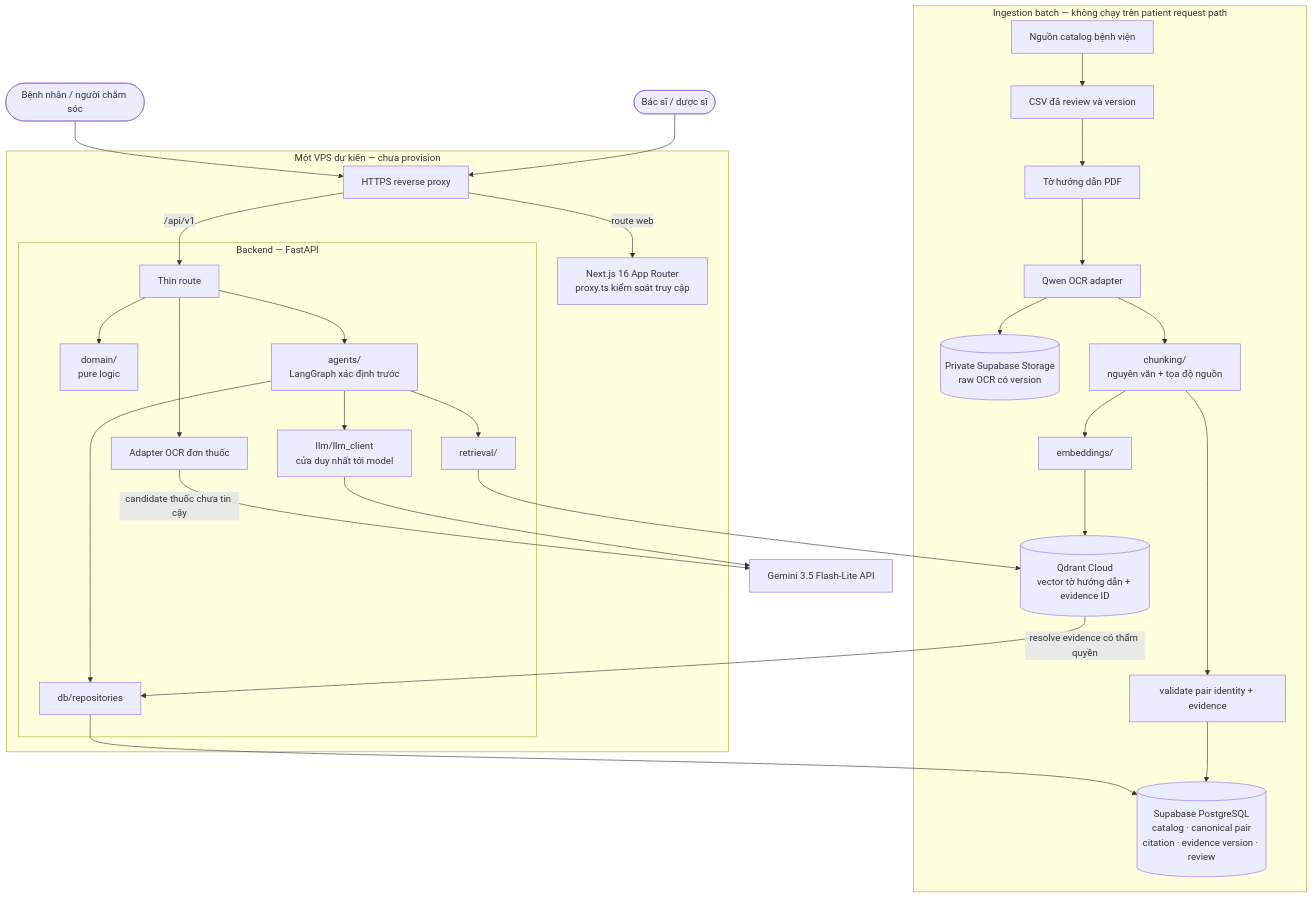
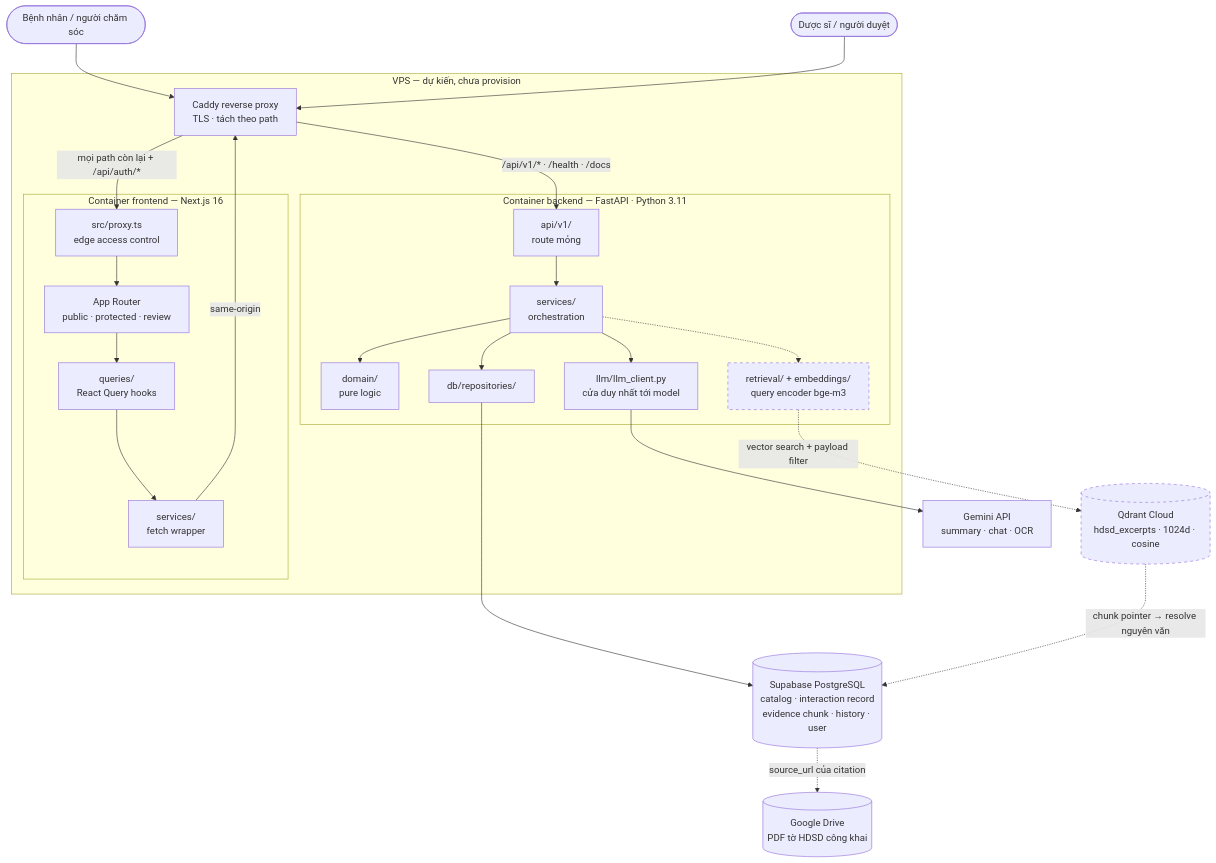
Before and after one commit to wallowxD/P054-MediGuard: the first of 8 diagrams in docs/architecture_diagram.md, drawn with Mermaid. The commit also changed other lines of this file and 9 other files, not shown here.

Commit message:
docs(VMEC-85): update architecture diagram

````diff
--- a/docs/architecture_diagram.md
+++ b/docs/architecture_diagram.md
@@ -8,47 +10,52 @@
 ```mermaid
 flowchart TB
-    Patient([Bệnh nhân / người chăm sóc]) --> ReverseProxy
-    Pharmacist([Bác sĩ / dược sĩ]) --> ReverseProxy
+    Patient([Bệnh nhân / người chăm sóc])
+    Pharmacist([Dược sĩ / người duyệt])
 
-    subgraph VPS["Một VPS dự kiến — chưa provision"]
-        ReverseProxy[HTTPS reverse proxy]
-        Web[Next.js 16 App Router<br/>proxy.ts kiểm soát truy cập]
-        ReverseProxy -->|route web| Web
-        ReverseProxy -->|/api/v1| API
+    Patient --> Caddy
+    Pharmacist --> Caddy
 
-    subgraph Backend["Backend — FastAPI"]
-        API[Thin route]
-        PrescriptionOCR[Adapter OCR đơn thuốc]
-        Domain[domain/<br/>pure logic]
-        Workflow[agents/<br/>LangGraph xác định trước]
-        Repo[db/repositories]
-        Retr[retrieval/]
-        LLM[llm/llm_client<br/>cửa duy nhất tới model]
+    subgraph VPS["VPS — dự kiến, chưa provision"]
+        Caddy["Caddy reverse proxy<br/>TLS · tách theo path"]
 
-        API --> PrescriptionOCR
-        API --> Domain
-        API --> Workflow
-        Workflow --> Repo
-        Workflow --> Retr
-        Workflow --> LLM
-    end
+        subgraph Front["Container frontend — Next.js 16"]
+            Proxy["src/proxy.ts<br/>edge access control"]
+            Pages["App Router<br/>public · protected · review"]
+            Queries["queries/<br/>React Query hooks"]
+            Services["services/<br/>fetch wrapper"]
+            Proxy --> Pages --> Queries --> Services
+        end
+
+        subgraph Back["Container backend — FastAPI · Python 3.11"]
+            Routes["api/v1/<br/>route mỏng"]
+            AppSvc["services/<br/>orchestration"]
+            Domain["domain/<br/>pure logic"]
+            Repos["db/repositories/"]
+            LLMGate["llm/llm_client.py<br/>cửa duy nhất tới model"]
+
+            Retr["retrieval/ + embeddings/<br/>query encoder bge-m3"]
+
+            Routes --> AppSvc
+            AppSvc --> Domain
+            AppSvc --> Repos
+            AppSvc --> LLMGate
+            AppSvc -.-> Retr
+        end
     end
 
-    PrescriptionOCR -->|candidate thuốc chưa tin cậy| Gemini[Gemini API]
-    Repo --> PG[(Supabase PostgreSQL<br/>catalog · canonical pair<br/>citation · evidence version · review)]
-    Retr --> Qdrant[(Qdrant Cloud<br/>vector tờ hướng dẫn + evidence ID)]
-    Qdrant -->|resolve evidence có thẩm quyền| Repo
-    LLM --> Gemini[Gemini 3.5 Flash-Lite API]
+    Caddy -->|"mọi path còn lại + /api/auth/*"| Proxy
+    Caddy -->|"/api/v1/* · /health · /docs"| Routes
+    Services -->|"same-origin"| Caddy
 
-    subgraph Offline["Ingestion batch — không chạy trên patient request path"]
-        Source[Nguồn catalog bệnh viện] --> Stage[CSV đã review và version]
-        Stage --> PDFs[Tờ hướng dẫn PDF]
-        PDFs --> Qwen[Qwen OCR adapter]
-        Qwen --> Raw[(Private Supabase Storage<br/>raw OCR có version)]
-        Qwen --> Chunk[chunking/<br/>nguyên văn + tọa độ nguồn]
-        Chunk --> Emb[embeddings/]
-        Emb --> Qdrant
-        Chunk --> Validate[validate pair identity + evidence]
-        Validate --> PG
-    end
+    Repos --> PG[("Supabase PostgreSQL<br/>catalog · interaction record<br/>evidence chunk · history · user")]
+    LLMGate --> Gemini["Gemini API<br/>summary · chat · OCR"]
+
+    Retr -. "vector search + payload filter" .-> QD[("Qdrant Cloud<br/>hdsd_excerpts · 1024d · cosine")]
+    QD -. "chunk pointer → resolve nguyên văn" .-> PG
+
+    Storage[("Google Drive<br/>PDF tờ HDSD công khai")]
+    PG -. "source_url của citation" .-> Storage
+
+    style Retr stroke-dasharray: 5 5
+    style QD stroke-dasharray: 5 5
 ```
````
